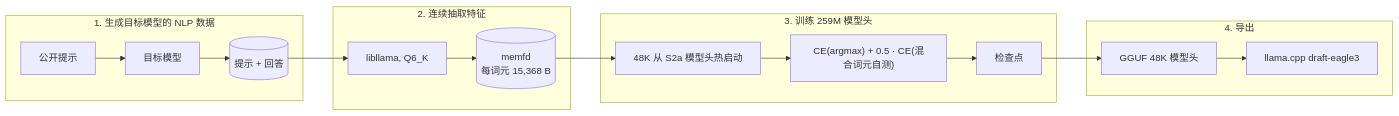
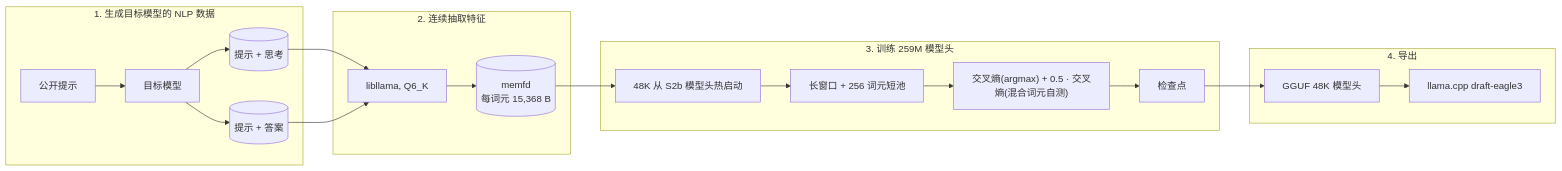
Before and after one commit to TiaoFeng/spark-eagle3-forge: the diagram in README.cn.md, drawn with Mermaid. The commit also changed other lines of this file and 2 other files, not shown here.

````diff
--- a/README.cn.md
+++ b/README.cn.md
@@ -52,20 +63,23 @@
 ```mermaid
 flowchart LR
     subgraph gen["1. 生成目标模型的 NLP 数据"]
         A[公开提示] --> B[目标模型]
-        B --> C[(提示 + 回答)]
+        B --> C[(提示 + 思考)]
+        B --> D[(提示 + 答案)]
     end
     subgraph ext["2. 连续抽取特征"]
-        C --> D[libllama, Q6_K]
-        D --> E[(memfd<br/>每词元 15,368 B)]
+        C --> E[libllama, Q6_K]
+        D --> E
+        E --> F[(memfd<br/>每词元 15,368 B)]
     end
     subgraph train["3. 训练 259M 模型头"]
-        E --> F[48K 从 S2a 模型头热启动]
-        F --> G["CE(argmax) + 0.5 · CE(混合词元自测)"]
-        G --> H[检查点]
+        F --> G[48K 从 S2b 模型头热启动]
+        G --> H[长窗口 + 256 词元短池]
+        H --> I["交叉熵(argmax) + 0.5 · 交叉熵(混合词元自测)"]
+        I --> J[检查点]
     end
     subgraph export["4. 导出"]
-        H --> I[GGUF 48K 模型头]
-        I --> J["llama.cpp draft-eagle3"]
+        J --> K[GGUF 48K 模型头]
+        K --> L["llama.cpp draft-eagle3"]
     end
 ```
````
